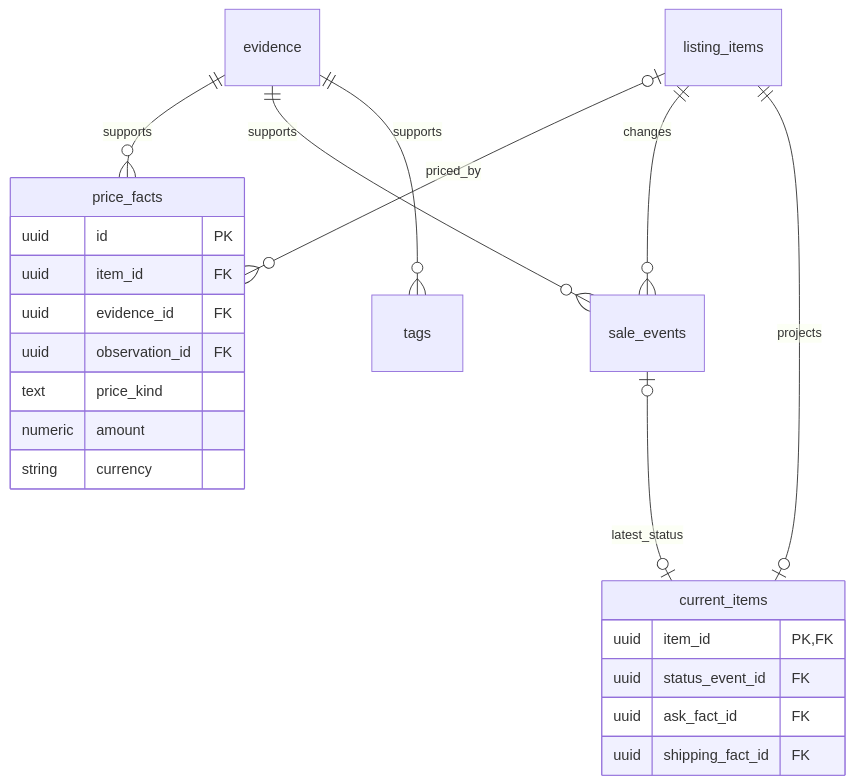
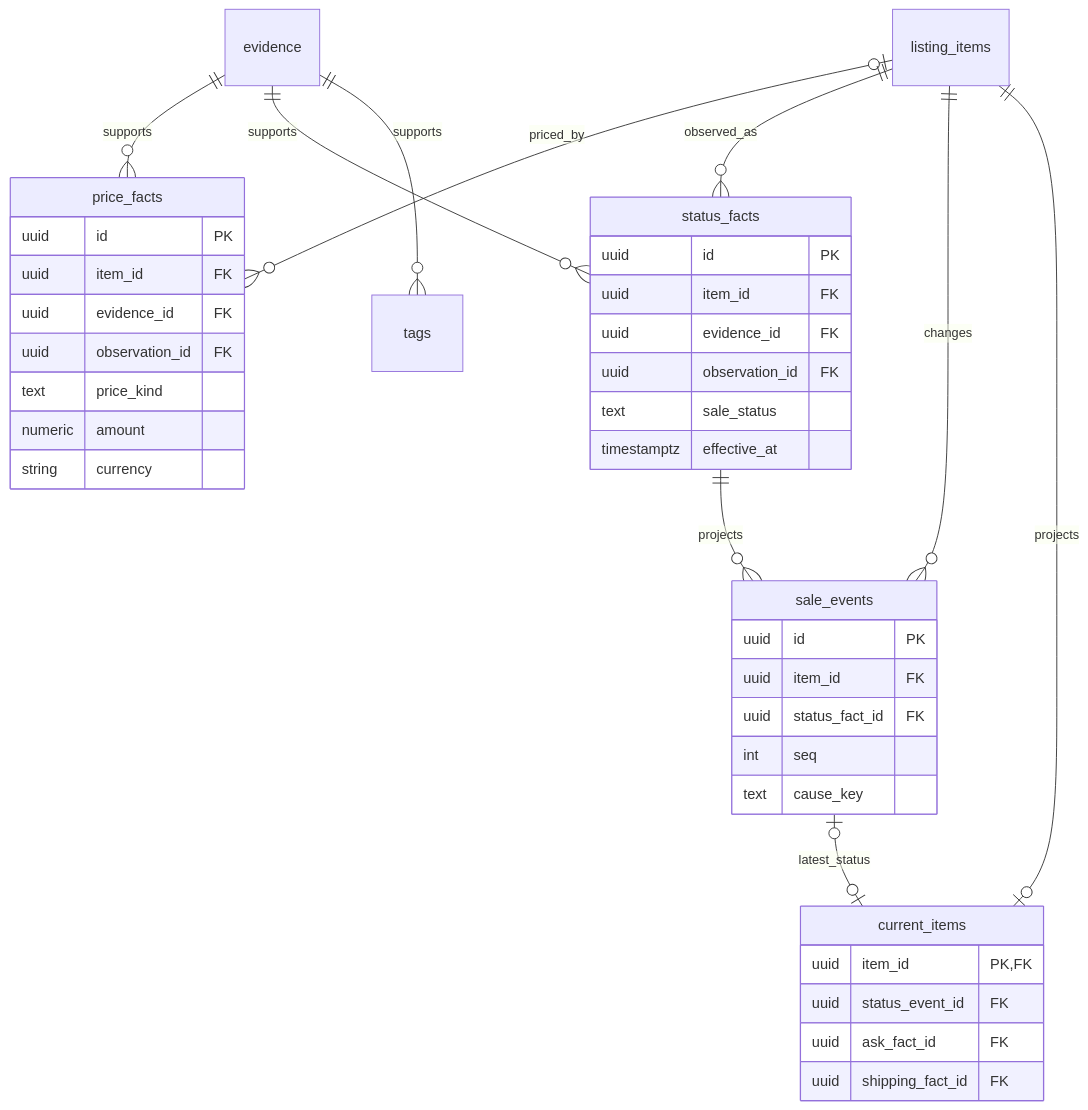
One commit to Freshair129/paiya changed the fourth of 5 diagrams in docs/architecture/views/erd.md. Above: the diagram before and after it, drawn with Mermaid. The commit also changed other lines of this file and 3 other files, not shown here.

First line of the commit message:
docs: rebuild sale events from status facts; slow revisit for watches

````diff
--- a/docs/architecture/views/erd.md
+++ b/docs/architecture/views/erd.md
@@ -88,26 +88,43 @@
 ```mermaid
 erDiagram
     evidence ||--o{ price_facts : supports
-    evidence ||--o{ sale_events : supports
+    evidence ||--o{ status_facts : supports
     evidence ||--o{ tags : supports
     listing_items |o--o{ price_facts : priced_by
+    listing_items ||--o{ status_facts : observed_as
+    status_facts ||--o{ sale_events : projects
     listing_items ||--o{ sale_events : changes
     listing_items ||--o| current_items : projects
     sale_events |o--o| current_items : latest_status
 
     price_facts {
         uuid id PK
         uuid item_id FK
         uuid evidence_id FK
         uuid observation_id FK
         text price_kind
         numeric amount
         string currency
     }
+    status_facts {
+        uuid id PK
+        uuid item_id FK
+        uuid evidence_id FK
+        uuid observation_id FK
+        text sale_status
+        timestamptz effective_at
+    }
+    sale_events {
+        uuid id PK
+        uuid item_id FK
+        uuid status_fact_id FK
+        int seq
+        text cause_key
+    }
     current_items {
         uuid item_id PK, FK
         uuid status_event_id FK
         uuid ask_fact_id FK
         uuid shipping_fact_id FK
     }
 ```
````
